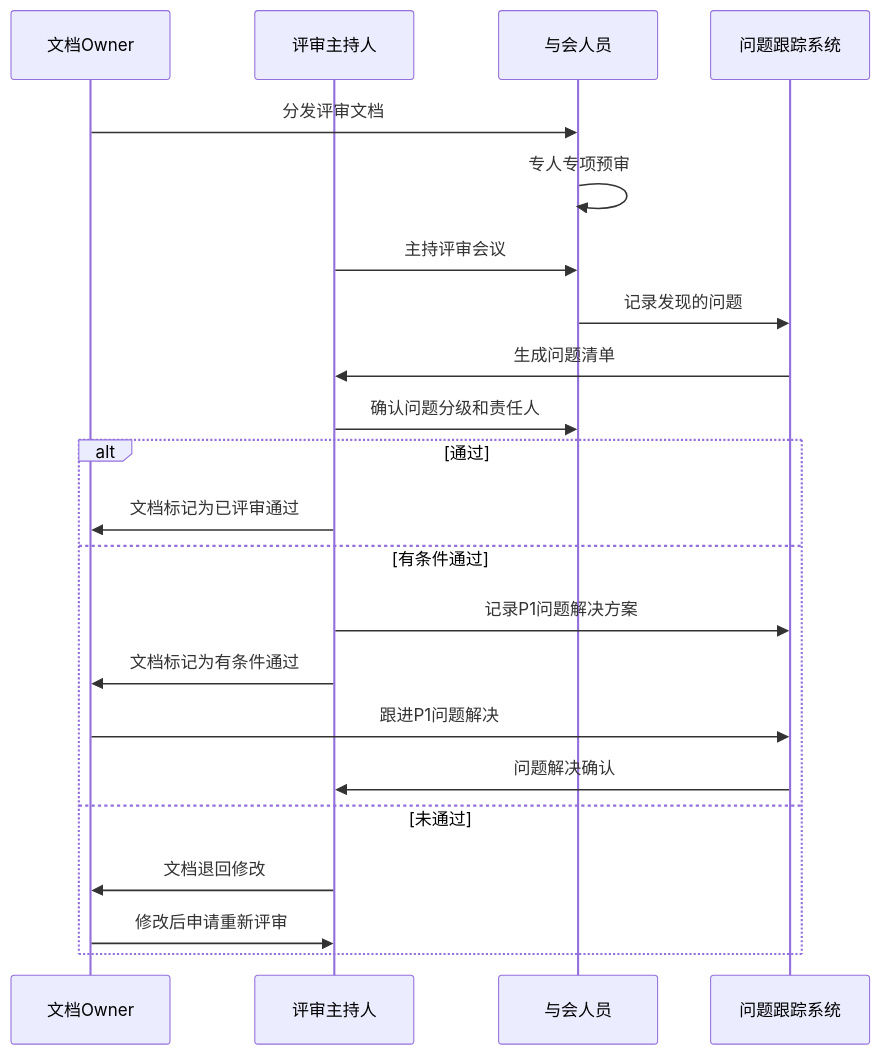
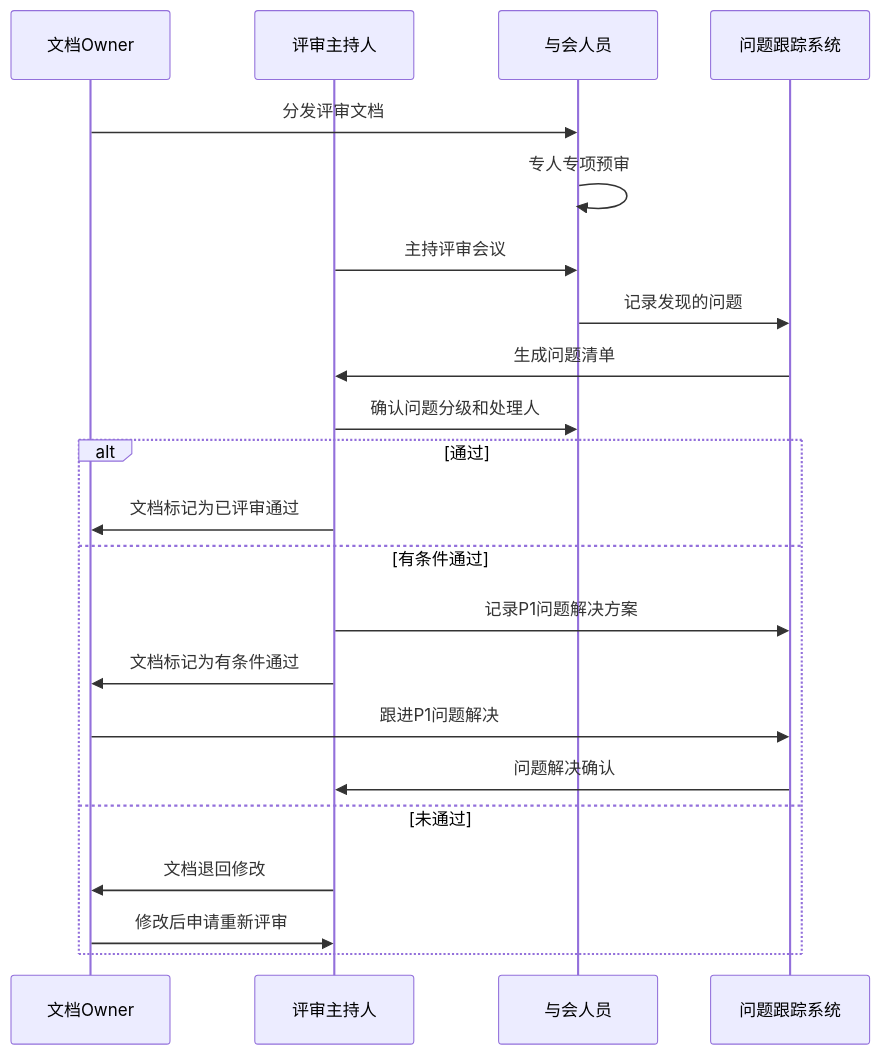
Before and after one commit to Taskon-xyz/PR: diagram 11 of 11 in 开发流程图.md, drawn with Mermaid. The commit also changed other lines of this file and 3 other files, not shown here.

````diff
--- a/开发流程图.md
+++ b/开发流程图.md
@@ -270,26 +270,26 @@
 ```mermaid
 sequenceDiagram
     participant D as 文档Owner
     participant A as 评审主持人
     participant B as 与会人员
     participant C as 问题跟踪系统
   
     D->>B: 分发评审文档
     B->>B: 专人专项预审
     A->>B: 主持评审会议
     B->>C: 记录发现的问题
     C->>A: 生成问题清单
-    A->>B: 确认问题分级和责任人
+    A->>B: 确认问题分级和处理人
   
     alt 通过
         A->>D: 文档标记为已评审通过
     else 有条件通过
         A->>C: 记录P1问题解决方案
         A->>D: 文档标记为有条件通过
         D->>C: 跟进P1问题解决
         C->>A: 问题解决确认
     else 未通过
         A->>D: 文档退回修改
         D->>A: 修改后申请重新评审
     end
 ```
````
